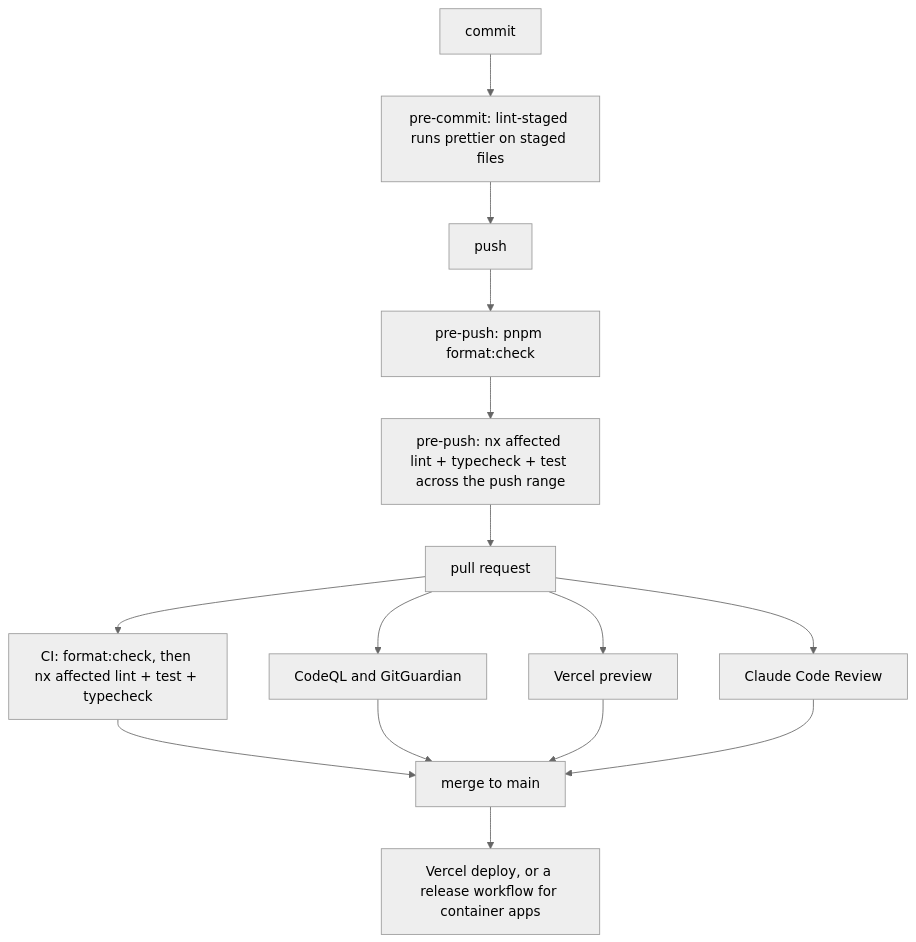
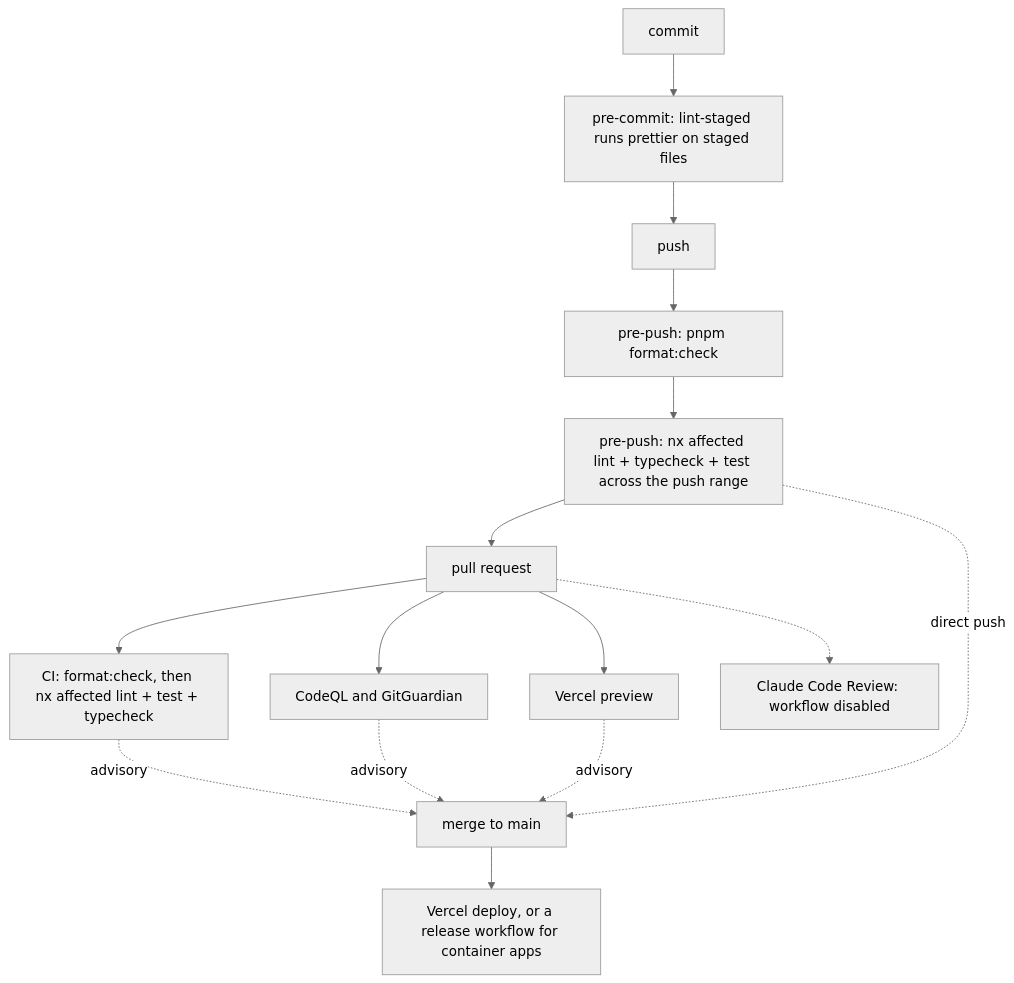
The second of 2 diagrams in README.md (rainforest-dev/rainforest-monorepo), drawn with Mermaid (neutral theme) before and after one commit. The commit also changed other lines of this file and 3 other files, not shown here.

````diff
--- a/README.md
+++ b/README.md
@@ -60,17 +64,17 @@
 ```mermaid
 flowchart TD
   A[commit] --> B[pre-commit: lint-staged runs prettier on staged files]
   B --> C[push]
   C --> D[pre-push: pnpm format:check]
   D --> E[pre-push: nx affected lint + typecheck + test across the push range]
   E --> F[pull request]
   F --> G[CI: format:check, then nx affected lint + test + typecheck]
   F --> H[CodeQL and GitGuardian]
   F --> I[Vercel preview]
-  F --> J[Claude Code Review]
-  G --> K[merge to main]
-  H --> K
-  I --> K
-  J --> K
+  F -.-> J[Claude Code Review: workflow disabled]
+  G -. advisory .-> K[merge to main]
+  H -. advisory .-> K
+  I -. advisory .-> K
+  E -. direct push .-> K
   K --> L[Vercel deploy, or a release workflow for container apps]
 ```
````
